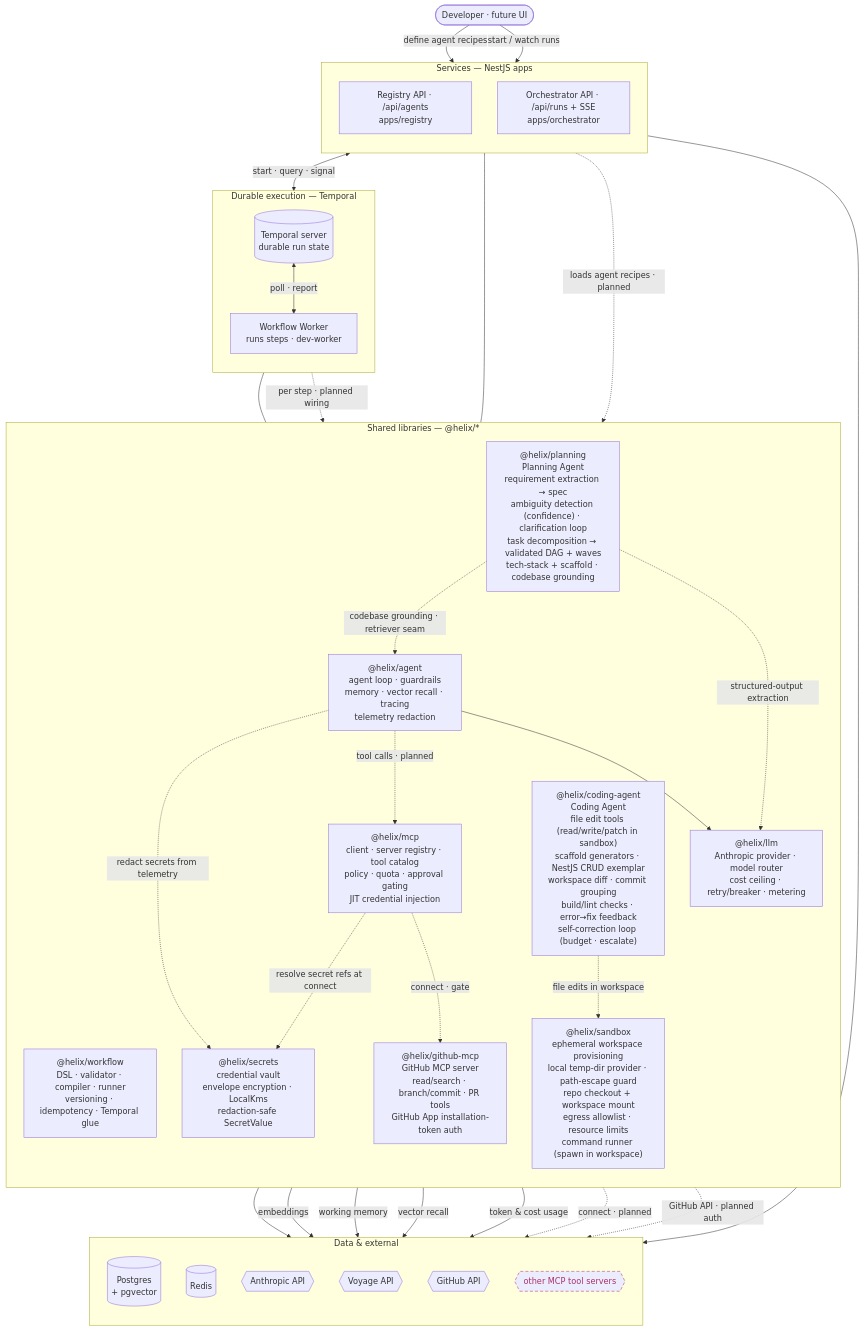
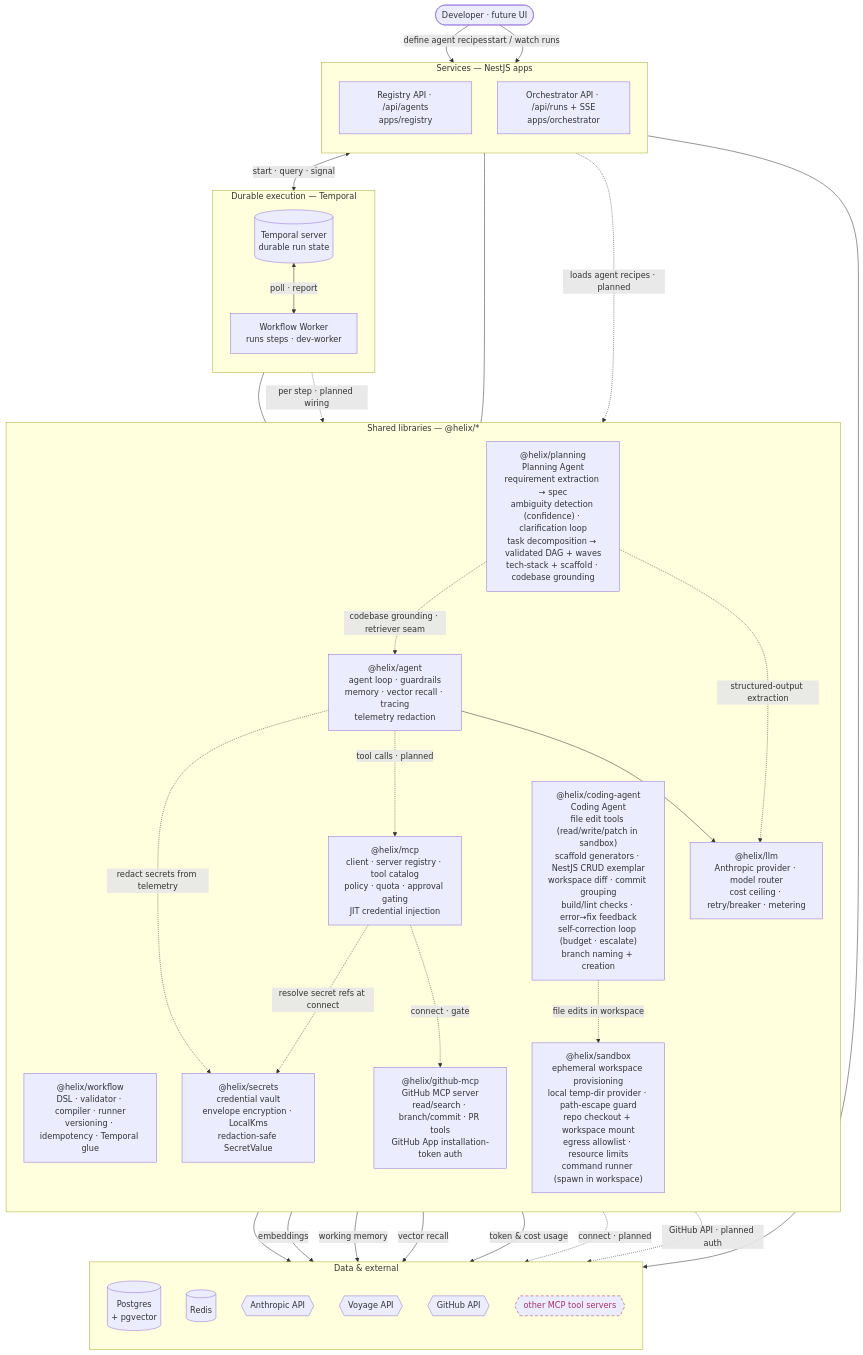
One commit to shhashhank/helix changed the first of 2 diagrams in docs/ARCHITECTURE.md. Above: the diagram before and after it, drawn with Mermaid. The commit also changed 4 other files, not shown here.

First line of the commit message:
HELIX-109: branch creation + naming convention (#71)

````diff
--- a/docs/ARCHITECTURE.md
+++ b/docs/ARCHITECTURE.md
@@ -16,67 +16,67 @@
 ```mermaid
 flowchart TB
   user([Developer · future UI])
 
   subgraph svc["Services — NestJS apps"]
     direction TB
     reg["Registry API · /api/agents<br/>apps/registry"]
     orc["Orchestrator API · /api/runs + SSE<br/>apps/orchestrator"]
   end
 
   subgraph dur["Durable execution — Temporal"]
     direction TB
     tmp[("Temporal server<br/>durable run state")]
     wkr["Workflow Worker<br/>runs steps · dev-worker"]
   end
 
   subgraph lib["Shared libraries — @helix/*"]
     direction TB
     wf["@helix/workflow<br/>DSL · validator · compiler · runner<br/>versioning · idempotency · Temporal glue"]
     ag["@helix/agent<br/>agent loop · guardrails<br/>memory · vector recall · tracing<br/>telemetry redaction"]
     lm["@helix/llm<br/>Anthropic provider · model router<br/>cost ceiling · retry/breaker · metering"]
     mc["@helix/mcp<br/>client · server registry · tool catalog<br/>policy · quota · approval gating<br/>JIT credential injection"]
     gh["@helix/github-mcp<br/>GitHub MCP server<br/>read/search · branch/commit · PR tools<br/>GitHub App installation-token auth"]
     sec["@helix/secrets<br/>credential vault<br/>envelope encryption · LocalKms<br/>redaction-safe SecretValue"]
     pl["@helix/planning<br/>Planning Agent<br/>requirement extraction → spec<br/>ambiguity detection (confidence) · clarification loop<br/>task decomposition → validated DAG + waves<br/>tech-stack + scaffold · codebase grounding"]
     sbx["@helix/sandbox<br/>ephemeral workspace provisioning<br/>local temp-dir provider · path-escape guard<br/>repo checkout + workspace mount<br/>egress allowlist · resource limits<br/>command runner (spawn in workspace)"]
-    cag["@helix/coding-agent<br/>Coding Agent<br/>file edit tools (read/write/patch in sandbox)<br/>scaffold generators · NestJS CRUD exemplar<br/>workspace diff · commit grouping<br/>build/lint checks · error→fix feedback<br/>self-correction loop (budget · escalate)"]
+    cag["@helix/coding-agent<br/>Coding Agent<br/>file edit tools (read/write/patch in sandbox)<br/>scaffold generators · NestJS CRUD exemplar<br/>workspace diff · commit grouping<br/>build/lint checks · error→fix feedback<br/>self-correction loop (budget · escalate)<br/>branch naming + creation"]
   end
 
   subgraph dat["Data & external"]
     direction TB
     pg[("Postgres<br/>+ pgvector")]
     rd[("Redis")]
     an{{Anthropic API}}
     vo{{Voyage API}}
     gha{{GitHub API}}
     ext{{other MCP tool servers}}
   end
 
   user -->|define agent recipes| reg
   user -->|start / watch runs| orc
   reg --> pg
   orc <-->|start · query · signal| tmp
   tmp <-->|poll · report| wkr
   wkr --- wf
   orc --- wf
   wkr -.->|per step · planned wiring| ag
   reg -.->|loads agent recipes · planned| ag
   ag --> lm
   ag -.->|tool calls · planned| mc
   lm --> an
   ag -->|embeddings| vo
   ag -->|working memory| rd
   ag -->|vector recall| pg
   lm -->|token & cost usage| pg
   mc -.->|connect · gate| gh
   mc -.->|connect · planned| ext
   mc -.->|resolve secret refs at connect| sec
   ag -.->|redact secrets from telemetry| sec
   pl -.->|structured-output extraction| lm
   pl -.->|codebase grounding · retriever seam| ag
   cag -.->|file edits in workspace| sbx
   gh -.->|GitHub API · planned auth| gha
 
   classDef planned stroke-dasharray:6 4,stroke:#a36,color:#a36;
   class ext planned;
 ```
````
